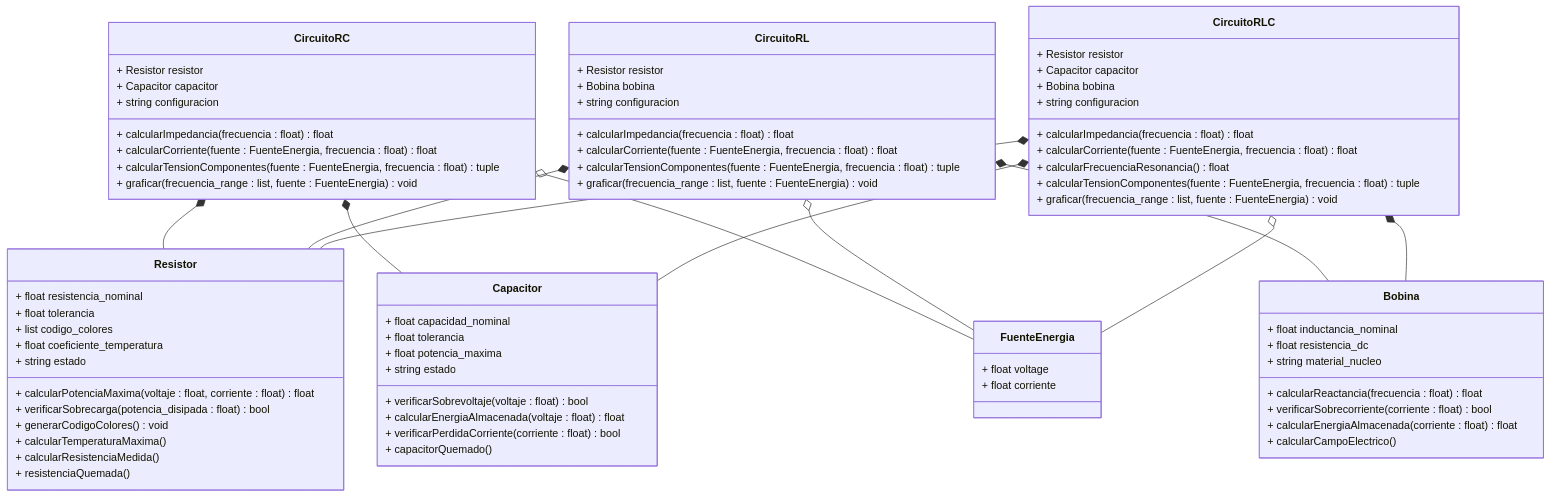
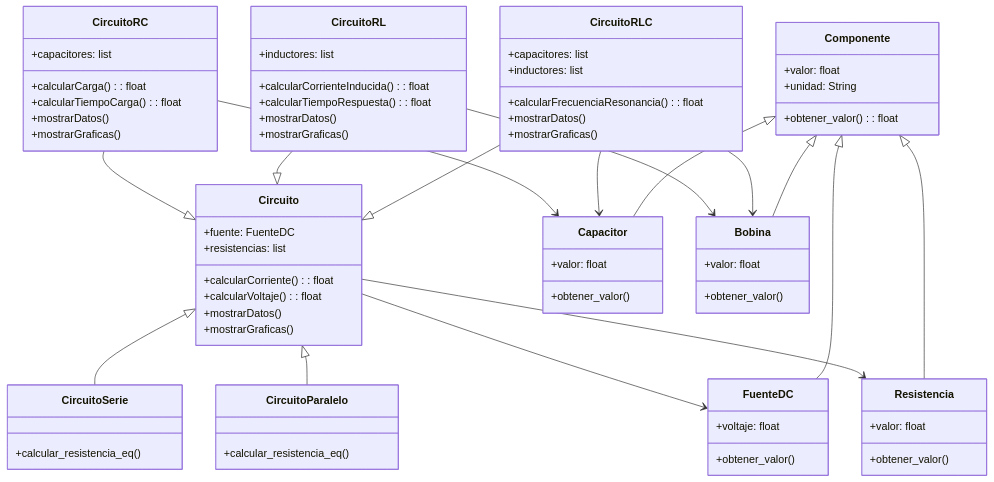
Before and after one commit to hmiller17/Final_Proyect: the second of 2 diagrams in README.md, drawn with Mermaid. The commit also changed other lines of this file, not shown here.

Commit message:
Readme V1.1 (Nuevo diagrama de clases explicado y corrección ortográfica 1)

````diff
--- a/README.md
+++ b/README.md
@@ -147,87 +154,93 @@
 classDiagram
 direction TB
 
-class Capacitor {
-    + float capacidad_nominal
-    + float tolerancia
-    + float potencia_maxima
-    + string estado
-    + verificarSobrevoltaje(voltaje : float) bool
-    + calcularEnergiaAlmacenada(voltaje : float) float
-    + verificarPerdidaCorriente(corriente : float) bool
-    + capacitorQuemado()
-}
+    class Circuito {
+        +fuente: FuenteDC
+        +resistencias: list
+        +calcularCorriente() : float
+        +calcularVoltaje() : float
+        +mostrarDatos()
+        +mostrarGraficas()
+    }
 
-class Bobina {
-    + float inductancia_nominal
-    + float resistencia_dc
-    + string material_nucleo
-    + calcularReactancia(frecuencia : float) float
-    + verificarSobrecorriente(corriente : float) bool
-    + calcularEnergiaAlmacenada(corriente : float) float
-    + calcularCampoElectrico()
-}
+    class CircuitoSerie {
+        +calcular_resistencia_eq()
+    }
 
-class Resistor {
-    + float resistencia_nominal
-    + float tolerancia
-    + list codigo_colores
-    + float coeficiente_temperatura
-    + string estado
-    + calcularPotenciaMaxima(voltaje : float, corriente : float) float
-    + verificarSobrecarga(potencia_disipada : float) bool
-    + generarCodigoColores() void
-    + calcularTemperaturaMaxima()
-    + calcularResistenciaMedida()
-    + resistenciaQuemada()
-}
+    class CircuitoParalelo {
+        +calcular_resistencia_eq()
+    }
 
-class FuenteEnergia {
-    + float voltage
-    + float corriente
-}
+    class CircuitoRC {
+        +capacitores: list
+        +calcularCarga() : float
+        +calcularTiempoCarga() : float
+        +mostrarDatos()
+        +mostrarGraficas()
+    }
 
-class CircuitoRC {
-    + Resistor resistor
-    + Capacitor capacitor
-    + string configuracion
-    + calcularImpedancia(frecuencia : float) float
-    + calcularCorriente(fuente : FuenteEnergia, frecuencia : float) float
-    + calcularTensionComponentes(fuente : FuenteEnergia, frecuencia : float) tuple
-    + graficar(frecuencia_range : list, fuente : FuenteEnergia) void
-}
+    class CircuitoRL {
+        +inductores: list
+        +calcularCorrienteInducida() : float
+        +calcularTiempoRespuesta() : float
+        +mostrarDatos()
+        +mostrarGraficas()
+    }
 
-class CircuitoRL {
-    + Resistor resistor
-    + Bobina bobina
-    + string configuracion
-    + calcularImpedancia(frecuencia : float) float
-    + calcularCorriente(fuente : FuenteEnergia, frecuencia : float) float
-    + calcularTensionComponentes(fuente : FuenteEnergia, frecuencia : float) tuple
-    + graficar(frecuencia_range : list, fuente : FuenteEnergia) void
-}
+    class CircuitoRLC {
+        +capacitores: list
+        +inductores: list
+        +calcularFrecuenciaResonancia() : float
+        +mostrarDatos()
+        +mostrarGraficas()
+    }
 
-class CircuitoRLC {
-    + Resistor resistor
-    + Capacitor capacitor
-    + Bobina bobina
-    + string configuracion
-    + calcularImpedancia(frecuencia : float) float
-    + calcularCorriente(fuente : FuenteEnergia, frecuencia : float) float
-    + calcularFrecuenciaResonancia() float
-    + calcularTensionComponentes(fuente : FuenteEnergia, frecuencia : float) tuple
-    + graficar(frecuencia_range : list, fuente : FuenteEnergia) void
-}
+    class Componente {
+        +valor: float
+        +unidad: String
+        +obtener_valor() : float
+    }
 
-CircuitoRC *-- Resistor
-CircuitoRC *-- Capacitor
-CircuitoRL *-- Resistor
-CircuitoRL *-- Bobina
-CircuitoRLC *-- Resistor
-CircuitoRLC *-- Capacitor
-CircuitoRLC *-- Bobina
+    class Resistencia {
+        +valor: float
+        +obtener_valor()
+    }
 
-CircuitoRC o-- FuenteEnergia
-CircuitoRL o-- FuenteEnergia
-CircuitoRLC o-- FuenteEnergia
+    class Capacitor {
+        +valor: float
+        +obtener_valor()
+    }
+
+    class Bobina {
+        +valor: float
+        +obtener_valor()
+    }
+
+    class FuenteDC {
+        +voltaje: float
+        +obtener_valor()
+    }
+
+    %% Herencia de Circuito
+    Circuito <|-- CircuitoSerie
+    Circuito <|-- CircuitoParalelo
+    CircuitoRC --|> Circuito
+    CircuitoRL --|> Circuito
+    CircuitoRLC --|> Circuito
+
+    %% Relación de Circuitos específicos con sus componentes
+    CircuitoRC --> Capacitor
+    CircuitoRL --> Bobina
+    CircuitoRLC --> Capacitor
+    CircuitoRLC --> Bobina
+
+    %% Relación de Circuito con sus componentes
+    Circuito --> FuenteDC
+    Circuito --> Resistencia
+
+    %% Herencia de Componente
+    Componente <|-- Resistencia
+    Componente <|-- Capacitor
+    Componente <|-- Bobina
+    Componente <|-- FuenteDC
 ```
````
